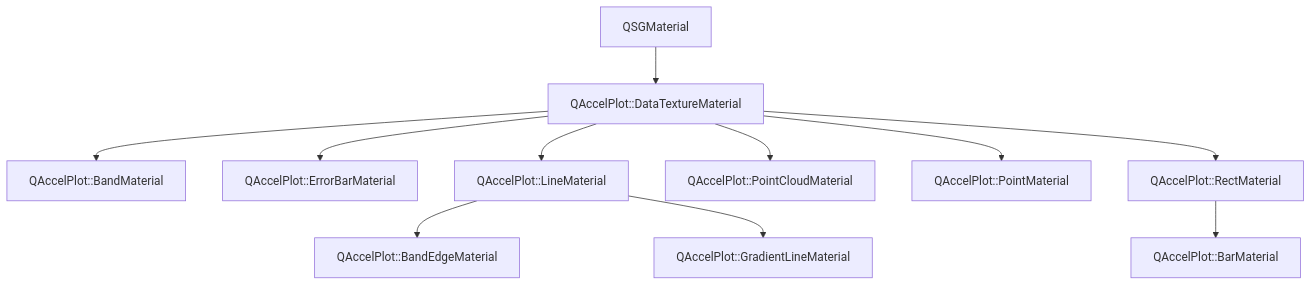
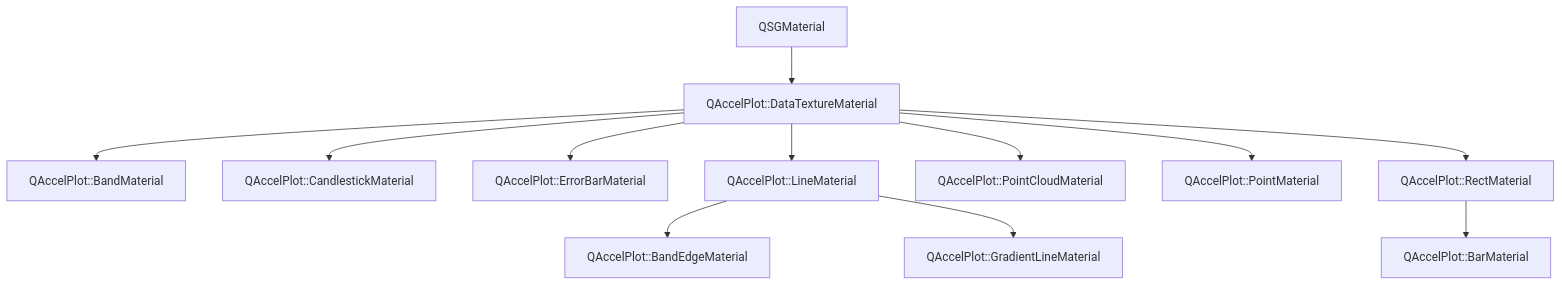
The diagram in main/assets/.doxy/QAccelPlot/api/classQAccelPlot_1_1DataTextureMaterial.md (michalgrabarczyk/QAccelPlot), drawn with Mermaid before and after one commit. The commit also changed other lines of this file and 757 other files, not shown here.

````diff
--- a/main/assets/.doxy/QAccelPlot/api/classQAccelPlot_1_1DataTextureMaterial.md
+++ b/main/assets/.doxy/QAccelPlot/api/classQAccelPlot_1_1DataTextureMaterial.md
@@ -32,44 +32,48 @@
 ```mermaid
 flowchart TB
   classQAccelPlot_1_1DataTextureMaterial["QAccelPlot::DataTextureMaterial"]
 
   external_base_classQAccelPlot_1_1DataTextureMaterial_1["QSGMaterial"]
   external_base_classQAccelPlot_1_1DataTextureMaterial_1 --> classQAccelPlot_1_1DataTextureMaterial
 
   classQAccelPlot_1_1BandMaterial["QAccelPlot::BandMaterial"]
   classQAccelPlot_1_1DataTextureMaterial --> classQAccelPlot_1_1BandMaterial
   click classQAccelPlot_1_1BandMaterial "../classQAccelPlot_1_1BandMaterial/" "Open QAccelPlot::BandMaterial"
+
+  classQAccelPlot_1_1CandlestickMaterial["QAccelPlot::CandlestickMaterial"]
+  classQAccelPlot_1_1DataTextureMaterial --> classQAccelPlot_1_1CandlestickMaterial
+  click classQAccelPlot_1_1CandlestickMaterial "../classQAccelPlot_1_1CandlestickMaterial/" "Open QAccelPlot::CandlestickMaterial"
 
   classQAccelPlot_1_1ErrorBarMaterial["QAccelPlot::ErrorBarMaterial"]
   classQAccelPlot_1_1DataTextureMaterial --> classQAccelPlot_1_1ErrorBarMaterial
   click classQAccelPlot_1_1ErrorBarMaterial "../classQAccelPlot_1_1ErrorBarMaterial/" "Open QAccelPlot::ErrorBarMaterial"
 
   classQAccelPlot_1_1LineMaterial["QAccelPlot::LineMaterial"]
   classQAccelPlot_1_1DataTextureMaterial --> classQAccelPlot_1_1LineMaterial
   click classQAccelPlot_1_1LineMaterial "../classQAccelPlot_1_1LineMaterial/" "Open QAccelPlot::LineMaterial"
 
   classQAccelPlot_1_1BandEdgeMaterial["QAccelPlot::BandEdgeMaterial"]
   classQAccelPlot_1_1LineMaterial --> classQAccelPlot_1_1BandEdgeMaterial
   click classQAccelPlot_1_1BandEdgeMaterial "../classQAccelPlot_1_1BandEdgeMaterial/" "Open QAccelPlot::BandEdgeMaterial"
 
   classQAccelPlot_1_1GradientLineMaterial["QAccelPlot::GradientLineMaterial"]
   classQAccelPlot_1_1LineMaterial --> classQAccelPlot_1_1GradientLineMaterial
   click classQAccelPlot_1_1GradientLineMaterial "../classQAccelPlot_1_1GradientLineMaterial/" "Open QAccelPlot::GradientLineMaterial"
 
   classQAccelPlot_1_1PointCloudMaterial["QAccelPlot::PointCloudMaterial"]
   classQAccelPlot_1_1DataTextureMaterial --> classQAccelPlot_1_1PointCloudMaterial
   click classQAccelPlot_1_1PointCloudMaterial "../classQAccelPlot_1_1PointCloudMaterial/" "Open QAccelPlot::PointCloudMaterial"
 
   classQAccelPlot_1_1PointMaterial["QAccelPlot::PointMaterial"]
   classQAccelPlot_1_1DataTextureMaterial --> classQAccelPlot_1_1PointMaterial
   click classQAccelPlot_1_1PointMaterial "../classQAccelPlot_1_1PointMaterial/" "Open QAccelPlot::PointMaterial"
 
   classQAccelPlot_1_1RectMaterial["QAccelPlot::RectMaterial"]
   classQAccelPlot_1_1DataTextureMaterial --> classQAccelPlot_1_1RectMaterial
   click classQAccelPlot_1_1RectMaterial "../classQAccelPlot_1_1RectMaterial/" "Open QAccelPlot::RectMaterial"
 
   classQAccelPlot_1_1BarMaterial["QAccelPlot::BarMaterial"]
   classQAccelPlot_1_1RectMaterial --> classQAccelPlot_1_1BarMaterial
   click classQAccelPlot_1_1BarMaterial "../classQAccelPlot_1_1BarMaterial/" "Open QAccelPlot::BarMaterial"
 
 ```
````
